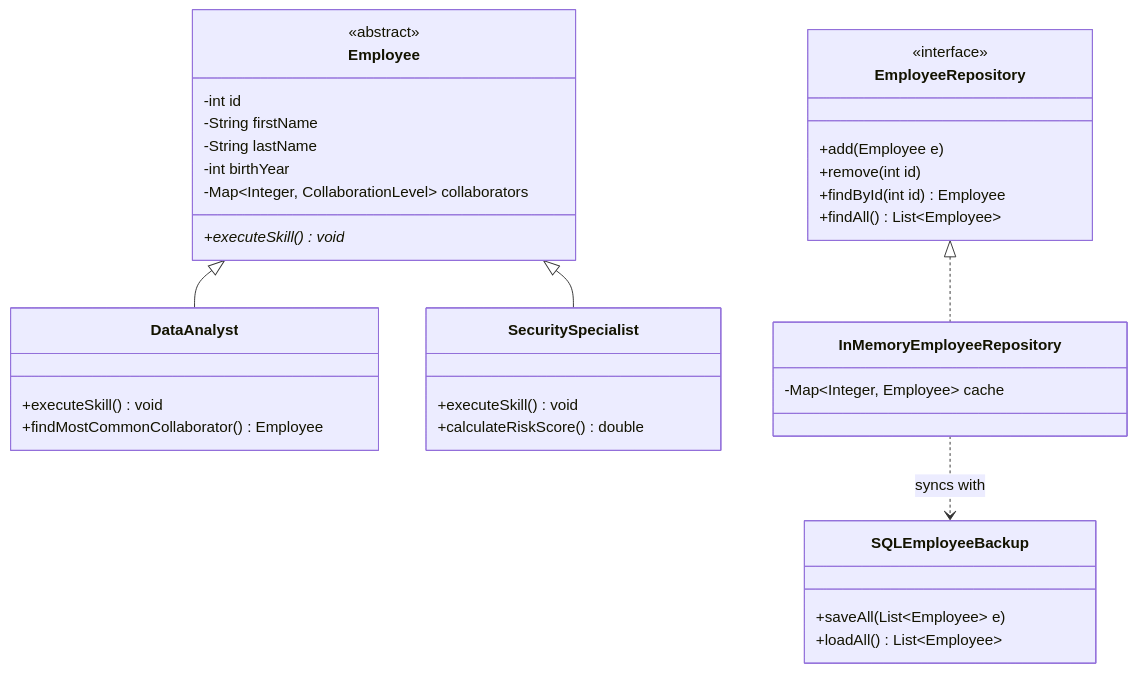
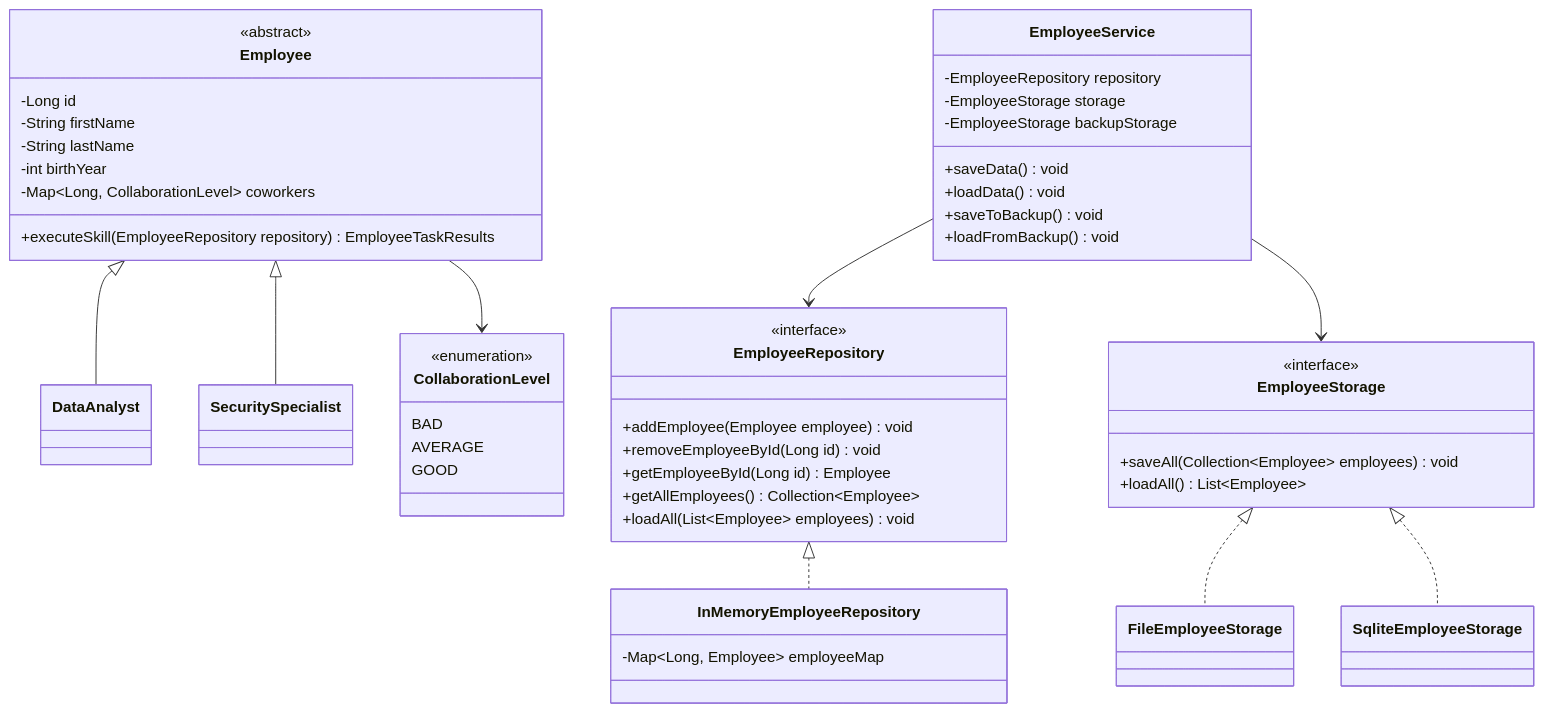
The second of 2 diagrams in README.md (MadovyGabor/DatabazovySystemZamestnancu), drawn with Mermaid before and after one commit. The commit also changed other lines of this file, not shown here.

````diff
--- a/README.md
+++ b/README.md
@@ -93,45 +188,63 @@
 ```mermaid
 classDiagram
     class Employee {
         <<abstract>>
-        -int id
+        -Long id
         -String firstName
         -String lastName
         -int birthYear
-        -Map~Integer, CollaborationLevel~ collaborators
-        +executeSkill() void*
+        -Map~Long, CollaborationLevel~ coworkers
+        +executeSkill(EmployeeRepository repository) EmployeeTaskResults
     }
 
-    class DataAnalyst {
-        +executeSkill() void
-        +findMostCommonCollaborator() Employee
+    class DataAnalyst
+    class SecuritySpecialist
+
+    class CollaborationLevel {
+        <<enumeration>>
+        BAD
+        AVERAGE
+        GOOD
     }
 
-    class SecuritySpecialist {
-        +executeSkill() void
-        +calculateRiskScore() double
+    class EmployeeRepository {
+        <<interface>>
+        +addEmployee(Employee employee) void
+        +removeEmployeeById(Long id) void
+        +getEmployeeById(Long id) Employee
+        +getAllEmployees() Collection~Employee~
+        +loadAll(List~Employee~ employees) void
+    }
+
+    class InMemoryEmployeeRepository {
+        -Map~Long, Employee~ employeeMap
+    }
+
+    class EmployeeStorage {
+        <<interface>>
+        +saveAll(Collection~Employee~ employees) void
+        +loadAll() List~Employee~
+    }
+
+    class FileEmployeeStorage
+    class SqliteEmployeeStorage
+
+    class EmployeeService {
+        -EmployeeRepository repository
+        -EmployeeStorage storage
+        -EmployeeStorage backupStorage
+        +saveData() void
+        +loadData() void
+        +saveToBackup() void
+        +loadFromBackup() void
     }
 
     Employee <|-- DataAnalyst
     Employee <|-- SecuritySpecialist
-
-    class EmployeeRepository {
-        <<interface>>
-        +add(Employee e)
-        +remove(int id)
-        +findById(int id) Employee
-        +findAll() List~Employee~
-    }
-
-    class InMemoryEmployeeRepository {
-        -Map~Integer, Employee~ cache
-    }
-
-    class SQLEmployeeBackup {
-        +saveAll(List~Employee~ e)
-        +loadAll() List~Employee~
-    }
-
+    Employee --> CollaborationLevel
     EmployeeRepository <|.. InMemoryEmployeeRepository
-    InMemoryEmployeeRepository ..> SQLEmployeeBackup : syncs with
+    EmployeeStorage <|.. FileEmployeeStorage
+    EmployeeStorage <|.. SqliteEmployeeStorage
+    EmployeeService --> EmployeeRepository
+    EmployeeService --> EmployeeStorage
 ```
````
